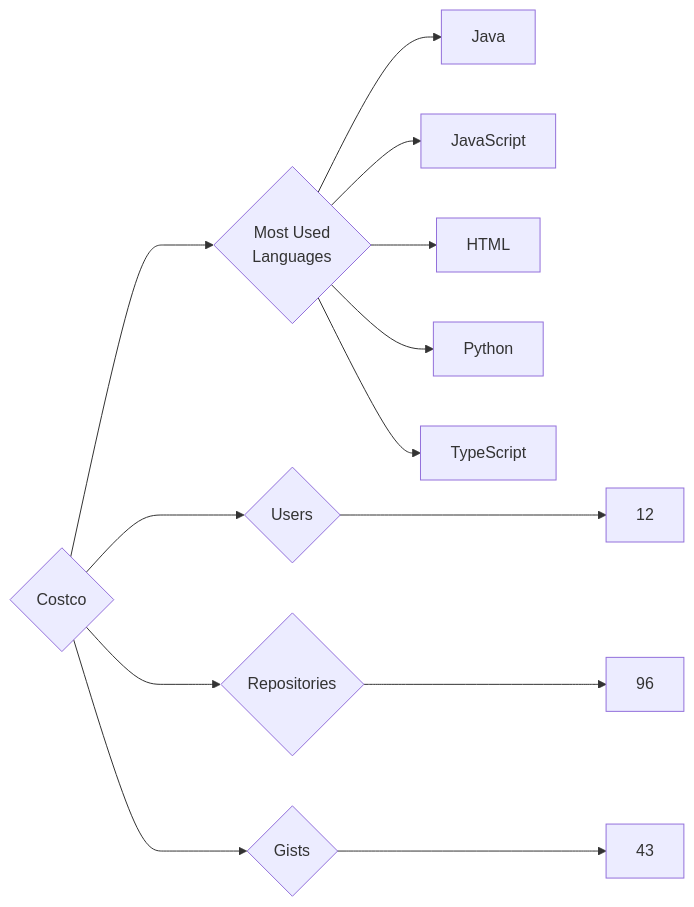
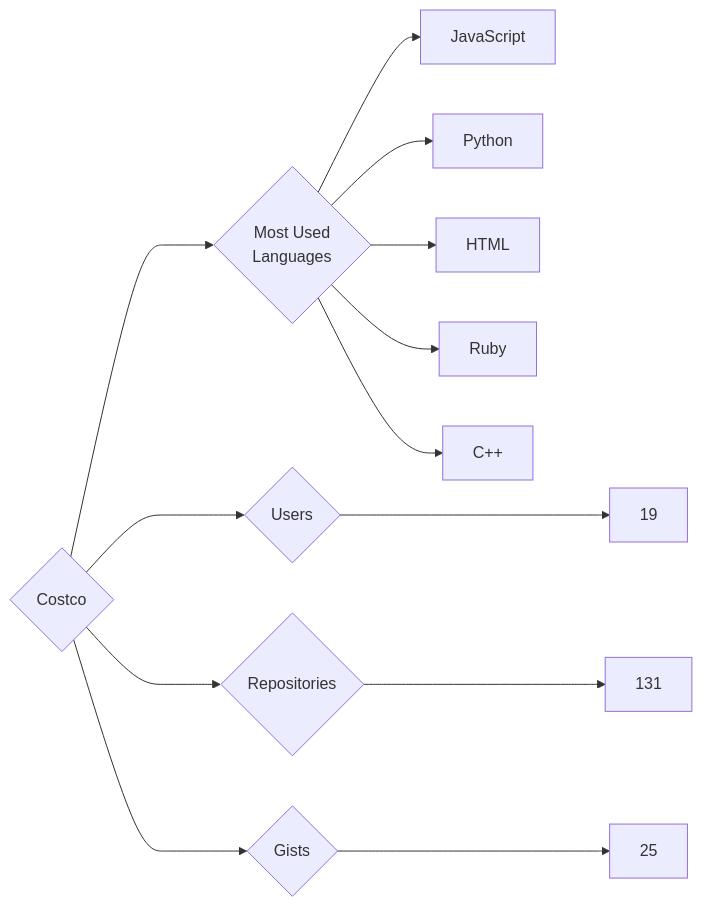
One commit to trickest/insiders changed the diagram in targets/Costco/README.md. Above: the diagram before and after it, drawn with Mermaid. The commit also changed 757 other files, not shown here.

````diff
--- a/targets/Costco/README.md
+++ b/targets/Costco/README.md
@@ -3,13 +3,13 @@
 ```mermaid
 graph LR
 COMPANY_NAME{Costco}
-COMPANY_NAME ---> U{Users} ---> UN[12]
-COMPANY_NAME ---> R{Repositories} ---> RN[96]
-COMPANY_NAME ---> G{Gists} ---> GN[43]
+COMPANY_NAME ---> U{Users} ---> UN[19]
+COMPANY_NAME ---> R{Repositories} ---> RN[131]
+COMPANY_NAME ---> G{Gists} ---> GN[25]
 COMPANY_NAME ---> ML{Most Used<br>Languages}
-ML --> Java[Java]
 ML --> JavaScript[JavaScript]
+ML --> Python[Python]
 ML --> HTML[HTML]
-ML --> Python[Python]
-ML --> TypeScript[TypeScript]
+ML --> Ruby[Ruby]
+ML --> C++[C++]
 ```
````
